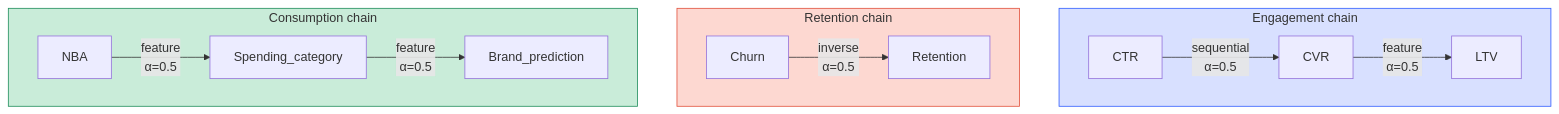
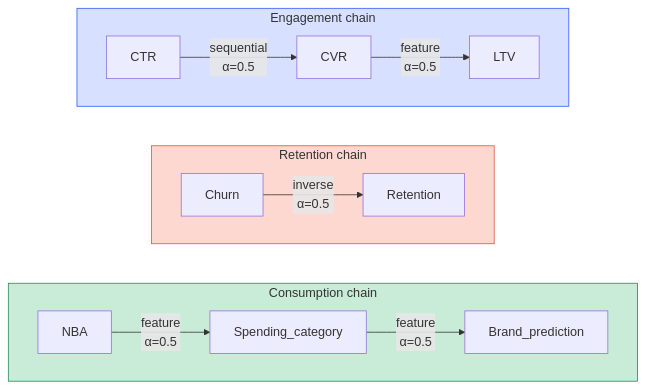
One commit to bluethestyle/bluethestyle.github.io changed the second of 2 diagrams in src/content/posts/2026-04-19-ple-5-basket-logit-tower-en.md. Above: the diagram before and after it, drawn with Mermaid. The commit also changed other lines of this file and 5 other files, not shown here.

````diff
--- a/src/content/posts/2026-04-19-ple-5-basket-logit-tower-en.md
+++ b/src/content/posts/2026-04-19-ple-5-basket-logit-tower-en.md
@@ -80,20 +80,22 @@
 ```mermaid
 flowchart TB
   subgraph eng [Engagement chain]
     direction LR
     ctr[CTR] -->|sequential<br/>α=0.5| cvr[CVR]
     cvr -->|feature<br/>α=0.5| ltv[LTV]
   end
   subgraph ret [Retention chain]
     direction LR
     churn[Churn] -->|inverse<br/>α=0.5| retain[Retention]
   end
   subgraph cons [Consumption chain]
     direction LR
     nba[NBA] -->|feature<br/>α=0.5| scat[Spending_category]
     scat -->|feature<br/>α=0.5| brand[Brand_prediction]
   end
+  eng ~~~ ret
+  ret ~~~ cons
   style eng fill:#D8E0FF,stroke:#2E5BFF
   style ret fill:#FDD8D1,stroke:#E14F3A
   style cons fill:#C9ECD9,stroke:#1C8C5A
 ```
````
